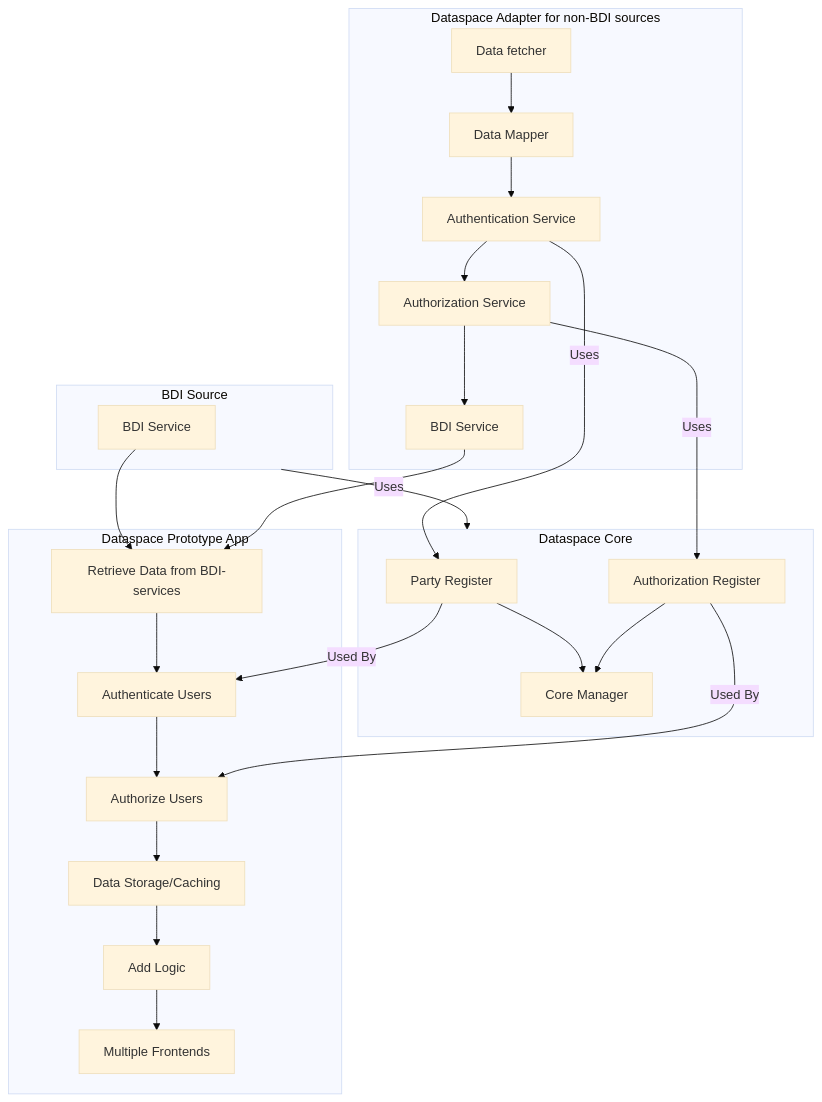
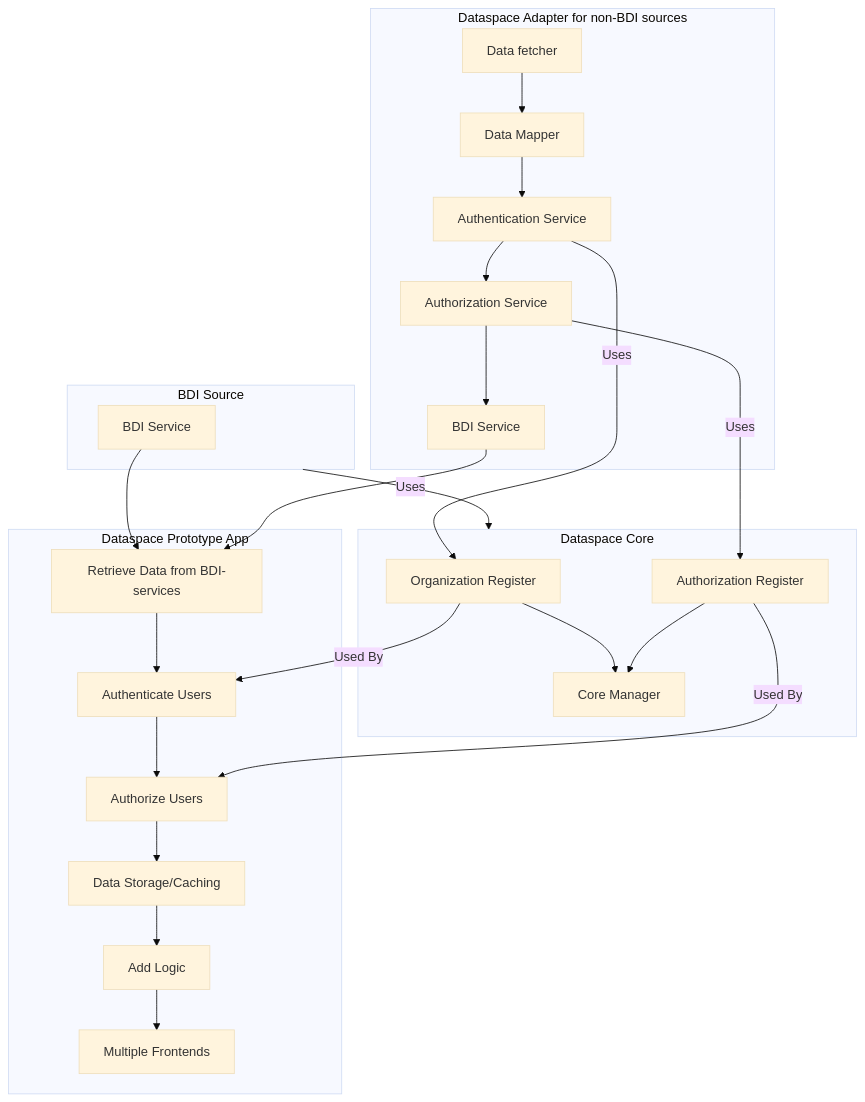
Before and after one commit to POORT8/Poort8.Dataspace.NoodleBar: the diagram in Poort8.Dataspace.Wiki/architecture.md, drawn with Mermaid (base theme). The commit also changed other lines of this file and 2 other files, not shown here.

Commit message:
updated terminologie to standards (e.g. schema.org: organization instead of party)

````diff
--- a/Poort8.Dataspace.Wiki/architecture.md
+++ b/Poort8.Dataspace.Wiki/architecture.md
@@ -2,65 +2,65 @@
 ```mermaid
 graph TB
 
 %% Dataspace Core
 subgraph Core[Dataspace Core]
-    PartyRegister[Party Register]
+    organizationRegister[Organization Register]
     AuthRegister[Authorization Register]
     CoreManager[Core Manager]
 end
 
 %% BDI Source
 subgraph BDIServiceExt[BDI Source]
     BDIServiceEndpoint[BDI Service]
 end
 
 
 %% Dataspace Adapter
 subgraph Dataspace Adapter for non-BDI sources
     DataFetcher[Data fetcher]
     DataMapper[Data Mapper]
     AuthService[Authentication Service]
     AuthzService[Authorization Service]
     BDIService[BDI Service]
 end
 
 
 
 %% Dataspace Apps
 subgraph Dataspace Prototype App
     RESTSrc[Retrieve Data from BDI-services]
     AuthUsers[Authenticate Users]
     PEP[Authorize Users]
     DataStore[Data Storage/Caching]
     Logic[Add Logic]
     FrontEnds[Multiple Frontends]
 end
 
 %% Connections within Dataspace Adapter
 DataFetcher-->DataMapper
 DataMapper-->AuthService
 AuthService-->AuthzService
 AuthzService-->BDIService
 
 %% Connections within Dataspace Core
-PartyRegister-->CoreManager
+organizationRegister-->CoreManager
 AuthRegister-->CoreManager
 
 %% Connections within Dataspace Apps
 RESTSrc-->AuthUsers
 AuthUsers-->PEP
 PEP-->DataStore
 DataStore-->Logic
 Logic-->FrontEnds
 
 %% Dependencies
 AuthzService-->|Uses|AuthRegister
 AuthRegister-->|Used By|PEP
-AuthService-->|Uses|PartyRegister
-PartyRegister-->|Used By|AuthUsers
+AuthService-->|Uses|organizationRegister
+organizationRegister-->|Used By|AuthUsers
 BDIServiceEndpoint-->RESTSrc
 BDIService-->RESTSrc
 BDIServiceExt-->|Uses|Core
 %%BDIServiceExt-->|May Use|AuthRegister
 
 ```
````
